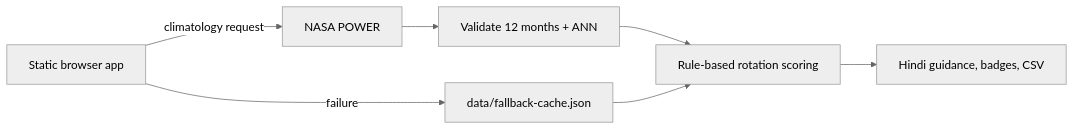
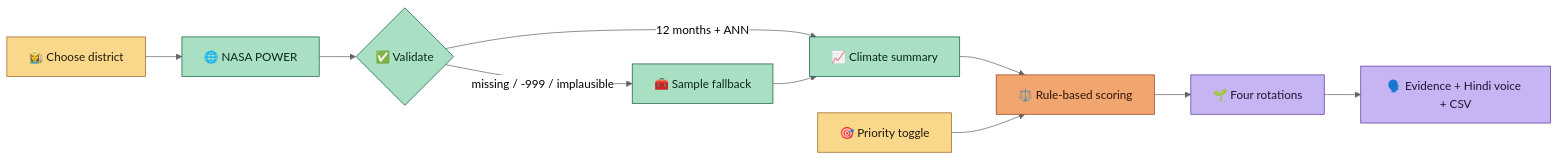
The diagram in README.md (spartanfromk-18/Blaze-NSA), drawn with Mermaid (neutral theme) before and after one commit. The commit also changed other lines of this file, not shown here.

````diff
--- a/README.md
+++ b/README.md
@@ -34,9 +96,21 @@
 ```mermaid
 flowchart LR
-  Browser[Static browser app] -->|climatology request| POWER[NASA POWER]
-  POWER --> Validate[Validate 12 months + ANN]
-  Validate --> Score[Rule-based rotation scoring]
-  Browser -->|failure| Cache[data/fallback-cache.json]
-  Cache --> Score
-  Score --> UI[Hindi guidance, badges, CSV]
+  A[👩‍🌾 Choose district] --> B[🌐 NASA POWER]
+  B --> C{✅ Validate}
+  C -->|12 months + ANN| D[📈 Climate summary]
+  C -->|missing / -999 / implausible| E[🧰 Sample fallback]
+  E --> D
+  D --> F[⚖️ Rule-based scoring]
+  G[🎯 Priority toggle] --> F
+  F --> H[🌱 Four rotations]
+  H --> I[🗣️ Evidence + Hindi voice + CSV]
+
+  classDef input fill:#f9d88b,stroke:#9b641f,color:#24190b
+  classDef data fill:#a9dfc2,stroke:#176044,color:#09291d
+  classDef action fill:#f2a66f,stroke:#9b431e,color:#301507
+  classDef output fill:#c6b5f2,stroke:#5a3d9a,color:#201337
+  class A,G input
+  class B,C,E,D data
+  class F action
+  class H,I output
 ```
````
